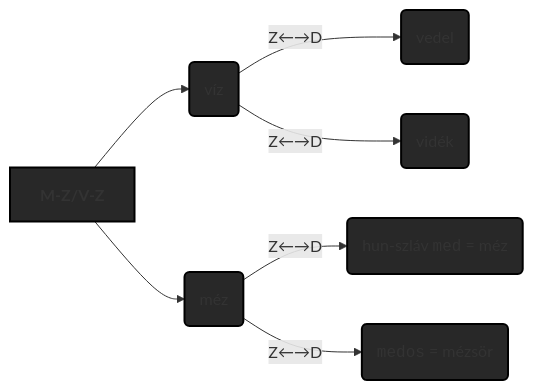
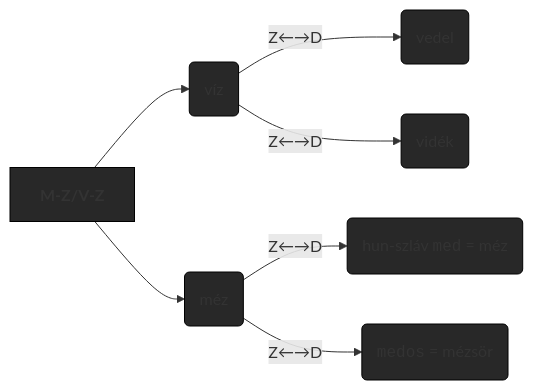
Before and after one commit to zanodor/TUDDASSTTARR: the seventh of 8 diagrams in src/site/notes/B/Balk.md, drawn with Mermaid. The commit also changed other lines of this file and 1 other file, not shown here.

````diff
--- a/src/site/notes/B/Balk.md
+++ b/src/site/notes/B/Balk.md
@@ -152,19 +153,19 @@
 ```mermaid
 flowchart LR
 
 	head[<b>M-Z/V-Z</b>]
 	lvl2_a("víz")
 	lvl2_b("méz")
 	lvl3_a("vedel")
 	lvl3_b("vidék")
 	lvl3_c("hun-szláv <code>med</code> = méz")
 	lvl3_d("<code>medos</code> = mézsör")
 
 	head --> lvl2_a & lvl2_b
 	lvl2_a -- "Z←→D" -->  lvl3_a & lvl3_b
 	lvl2_b -- "Z←→D" -->  lvl3_c & lvl3_d
 
-	classDef fillStyle fill:#282828,stroke:#000000,stroke-width:2px,stroke-dasharray: 0;
+	classDef fillStyle fill:#282828,stroke:#000000,stroke-width:1px,stroke-dasharray: 0;
 	class head,lvl2_a,lvl2_b,lvl3_a,lvl3_b,lvl3_c,lvl3_d fillStyle;
 	class lvl2_a,lvl2_b,lvl3_a,lvl3_b internal-link;
 ```
````
